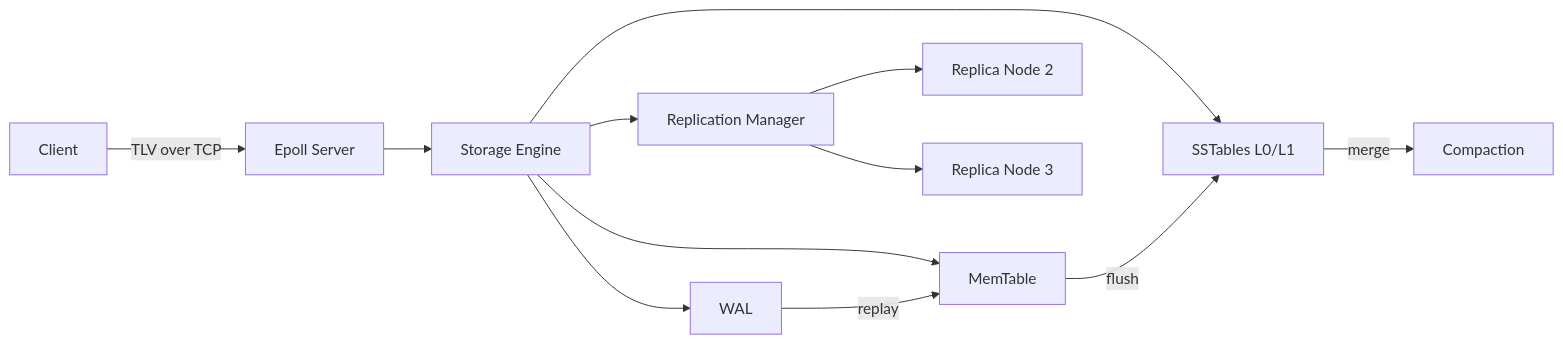
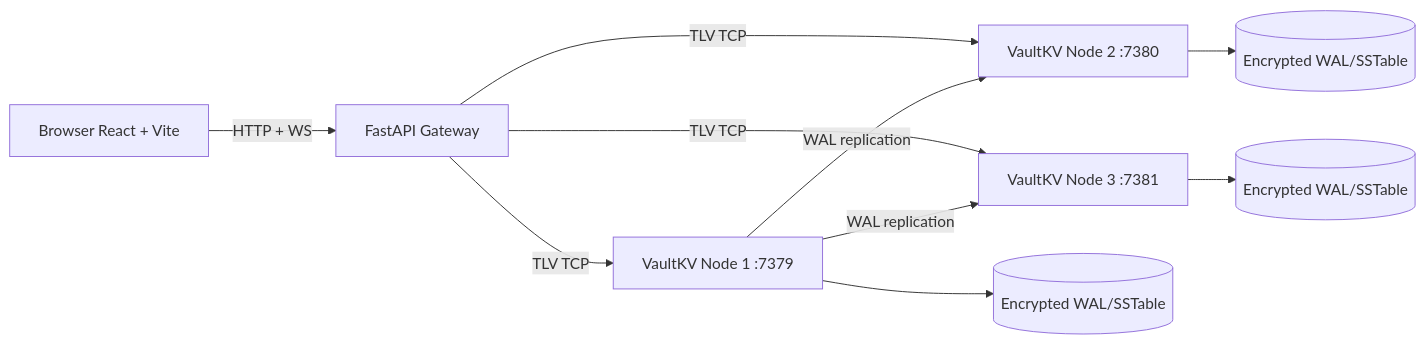
One commit to Flamki/vaultVK changed the diagram in README.md. Above: the diagram before and after it, drawn with Mermaid. The commit also changed other lines of this file and 41 other files, not shown here.

````diff
--- a/README.md
+++ b/README.md
@@ -39,14 +33,12 @@
 ```mermaid
 flowchart LR
-    C[Client] -->|TLV over TCP| S[Epoll Server]
-    S --> E[Storage Engine]
-    E --> W[WAL]
-    E --> M[MemTable]
-    E --> T[SSTables L0/L1]
-    W -->|replay| M
-    M -->|flush| T
-    T -->|merge| X[Compaction]
-    E --> R[Replication Manager]
-    R --> N2[Replica Node 2]
-    R --> N3[Replica Node 3]
+    B[Browser React + Vite] -->|HTTP + WS| G[FastAPI Gateway]
+    G -->|TLV TCP| N1[VaultKV Node 1 :7379]
+    G -->|TLV TCP| N2[VaultKV Node 2 :7380]
+    G -->|TLV TCP| N3[VaultKV Node 3 :7381]
+    N1 -->|WAL replication| N2
+    N1 -->|WAL replication| N3
+    N1 --> D1[(Encrypted WAL/SSTable)]
+    N2 --> D2[(Encrypted WAL/SSTable)]
+    N3 --> D3[(Encrypted WAL/SSTable)]
 ```
````
